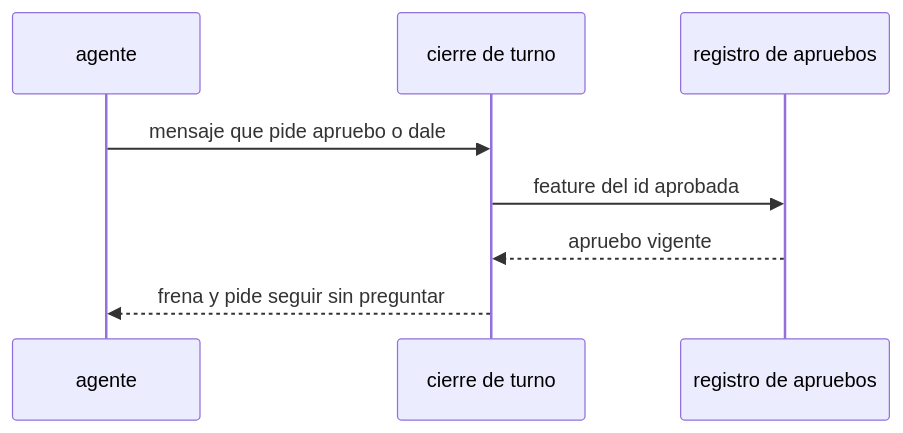
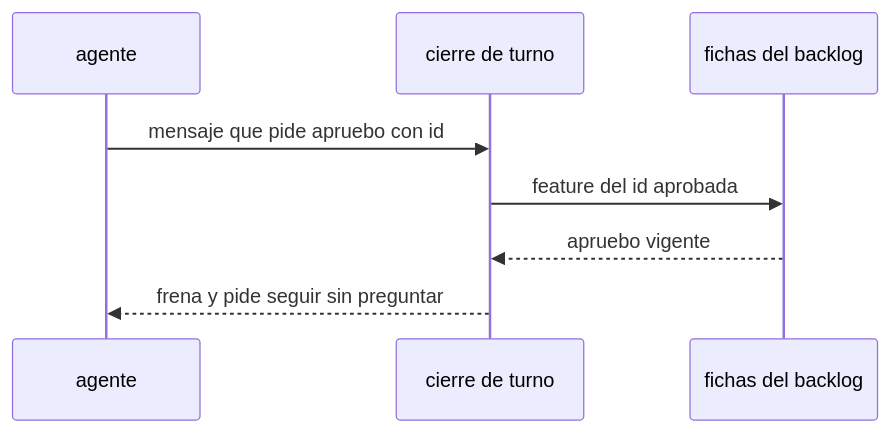
Before and after one commit to jliberal-aquas/aquas-central-harness-government: the second of 2 diagrams in docs/E001/F017/S002.md, drawn with Mermaid. The commit also changed other lines of this file and 11 other files, not shown here.

````diff
--- a/docs/E001/F017/S002.md
+++ b/docs/E001/F017/S002.md
@@ -62,10 +65,10 @@
 ```mermaid
 sequenceDiagram
     participant A as agente
     participant C as cierre de turno
-    participant R as registro de apruebos
-    A->>C: mensaje que pide apruebo o dale
+    participant R as fichas del backlog
+    A->>C: mensaje que pide apruebo con id
     C->>R: feature del id aprobada
     R-->>C: apruebo vigente
     C-->>A: frena y pide seguir sin preguntar
 ```
````
